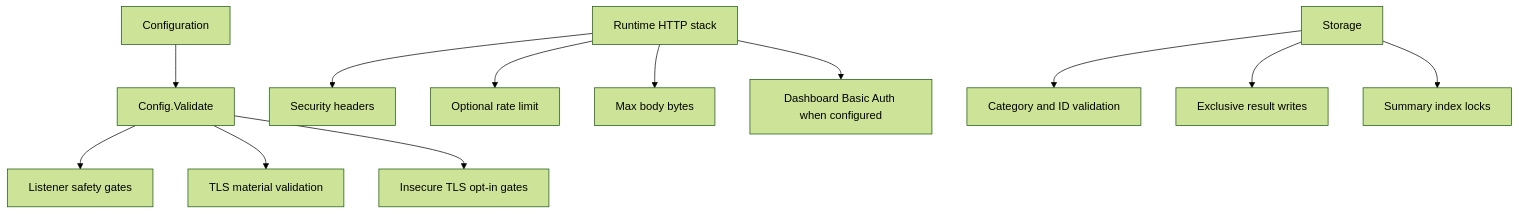
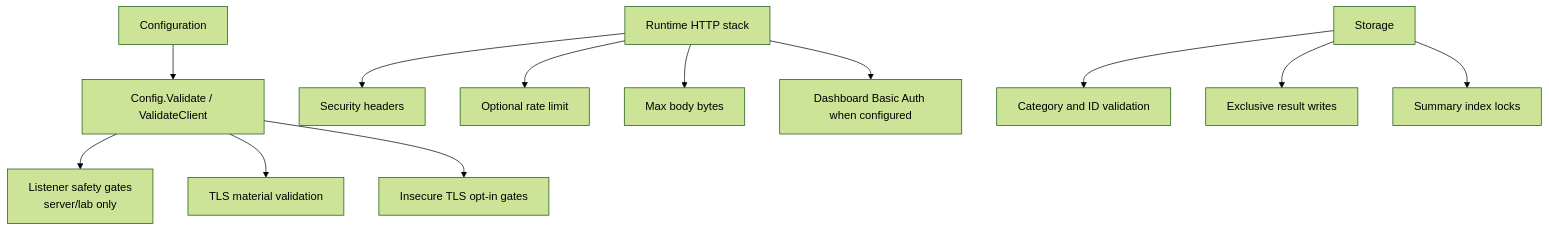
One commit to TritonProbe/triton changed diagram 19 of 26 in ARCHITECTURE.md. Above: the diagram before and after it, drawn with Mermaid (forest theme). The commit also changed other lines of this file and 12 other files, not shown here.

First line of the commit message:
Add client-only config validation and preserve partial bench failures

````diff
--- a/ARCHITECTURE.md
+++ b/ARCHITECTURE.md
@@ -581,16 +593,16 @@
 ```mermaid
 flowchart TD
-    Config["Configuration"] --> Validation["Config.Validate"]
-    Validation --> ListenerSafety["Listener safety gates"]
+    Config["Configuration"] --> Validation["Config.Validate / ValidateClient"]
+    Validation --> ListenerSafety["Listener safety gates<br/>server/lab only"]
     Validation --> TLSCheck["TLS material validation"]
     Validation --> InsecureGate["Insecure TLS opt-in gates"]
 
     Runtime["Runtime HTTP stack"] --> SecurityHeaders["Security headers"]
     Runtime --> RateLimit["Optional rate limit"]
     Runtime --> BodyLimit["Max body bytes"]
     Runtime --> Auth["Dashboard Basic Auth when configured"]
 
     Storage["Storage"] --> PathValidation["Category and ID validation"]
     Storage --> ExclusiveWrites["Exclusive result writes"]
     Storage --> Locking["Summary index locks"]
 ```
````
